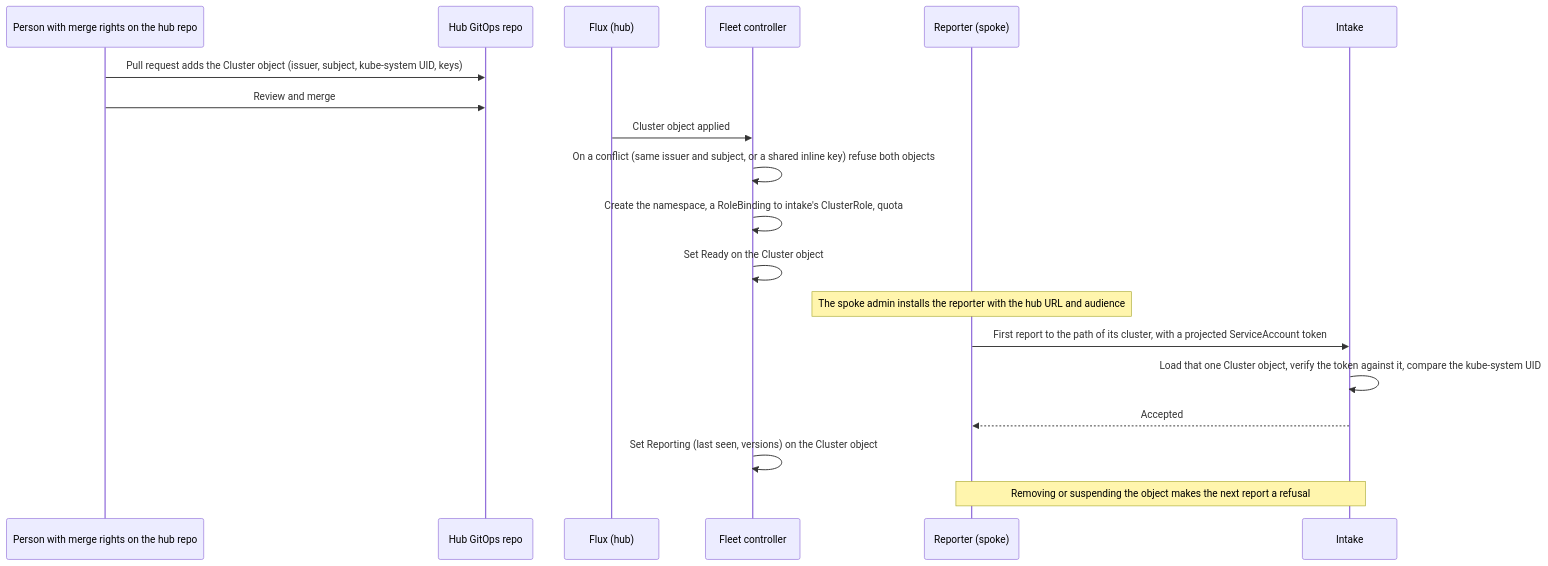
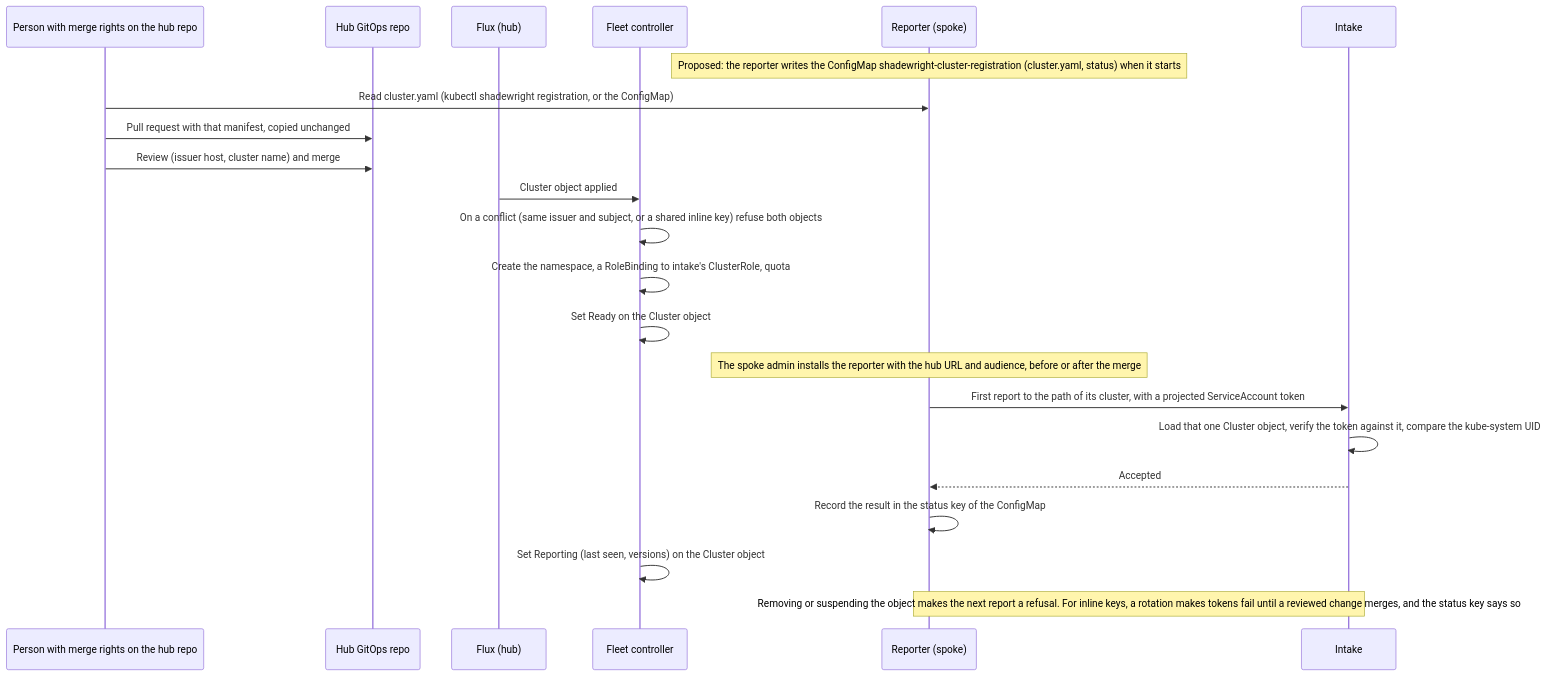
Before and after one commit to pkalin/shadewright: the first of 2 diagrams in docs/adr/0038-control-plane-mode-a-hub-that-many-clusters-report-to.md, drawn with Mermaid. The commit also changed other lines of this file and 1 other file, not shown here.

First line of the commit message:
docs: propose a ready registration manifest for onboarding a cluster

````diff
--- a/docs/adr/0038-control-plane-mode-a-hub-that-many-clusters-report-to.md
+++ b/docs/adr/0038-control-plane-mode-a-hub-that-many-clusters-report-to.md
@@ -51,21 +97,24 @@
 ```mermaid
 sequenceDiagram
     participant P as Person with merge rights on the hub repo
     participant R as Hub GitOps repo
     participant F as Flux (hub)
     participant C as Fleet controller
     participant S as Reporter (spoke)
     participant I as Intake
-    P->>R: Pull request adds the Cluster object (issuer, subject, kube-system UID, keys)
-    P->>R: Review and merge
+    Note over S: Proposed: the reporter writes the ConfigMap shadewright-cluster-registration (cluster.yaml, status) when it starts
+    P->>S: Read cluster.yaml (kubectl shadewright registration, or the ConfigMap)
+    P->>R: Pull request with that manifest, copied unchanged
+    P->>R: Review (issuer host, cluster name) and merge
     F->>C: Cluster object applied
     C->>C: On a conflict (same issuer and subject, or a shared inline key) refuse both objects
     C->>C: Create the namespace, a RoleBinding to intake's ClusterRole, quota
     C->>C: Set Ready on the Cluster object
-    Note over S: The spoke admin installs the reporter with the hub URL and audience
+    Note over S: The spoke admin installs the reporter with the hub URL and audience, before or after the merge
     S->>I: First report to the path of its cluster, with a projected ServiceAccount token
     I->>I: Load that one Cluster object, verify the token against it, compare the kube-system UID
     I-->>S: Accepted
+    S->>S: Record the result in the status key of the ConfigMap
     C->>C: Set Reporting (last seen, versions) on the Cluster object
-    Note over S,I: Removing or suspending the object makes the next report a refusal
+    Note over S,I: Removing or suspending the object makes the next report a refusal. For inline keys, a rotation makes tokens fail until a reviewed change merges, and the status key says so
 ```
````
